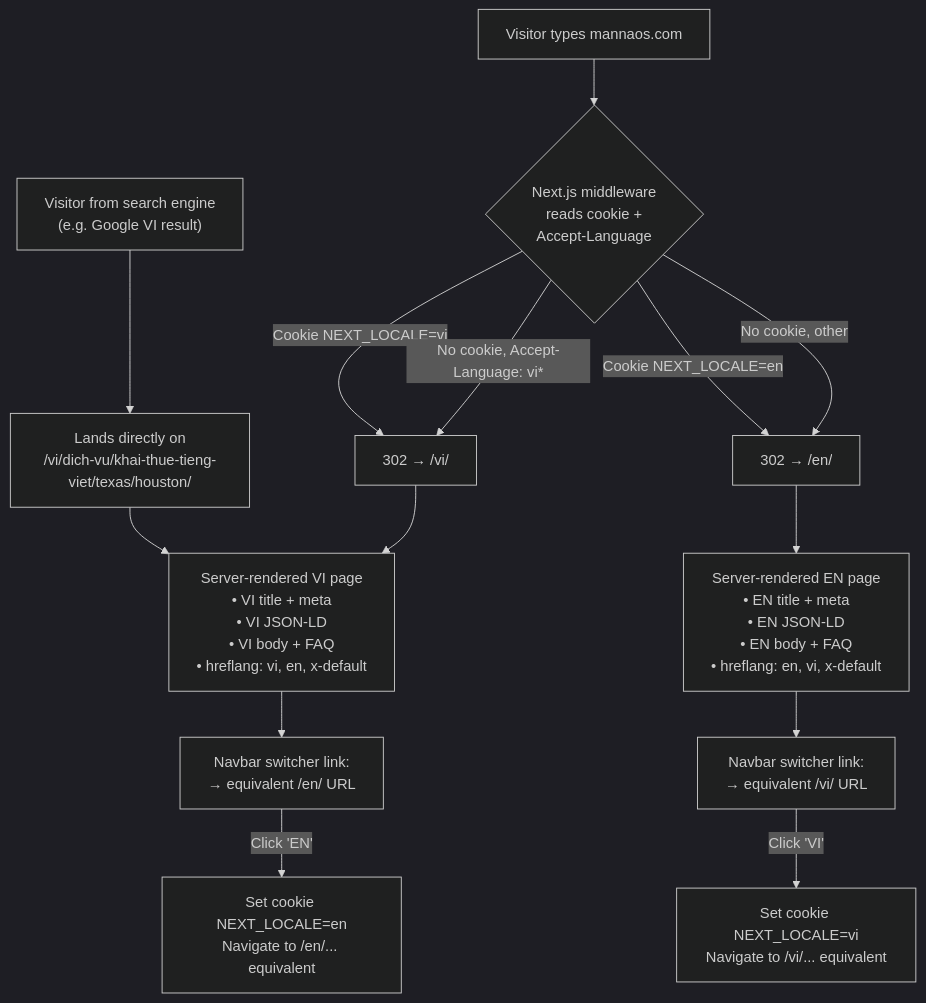
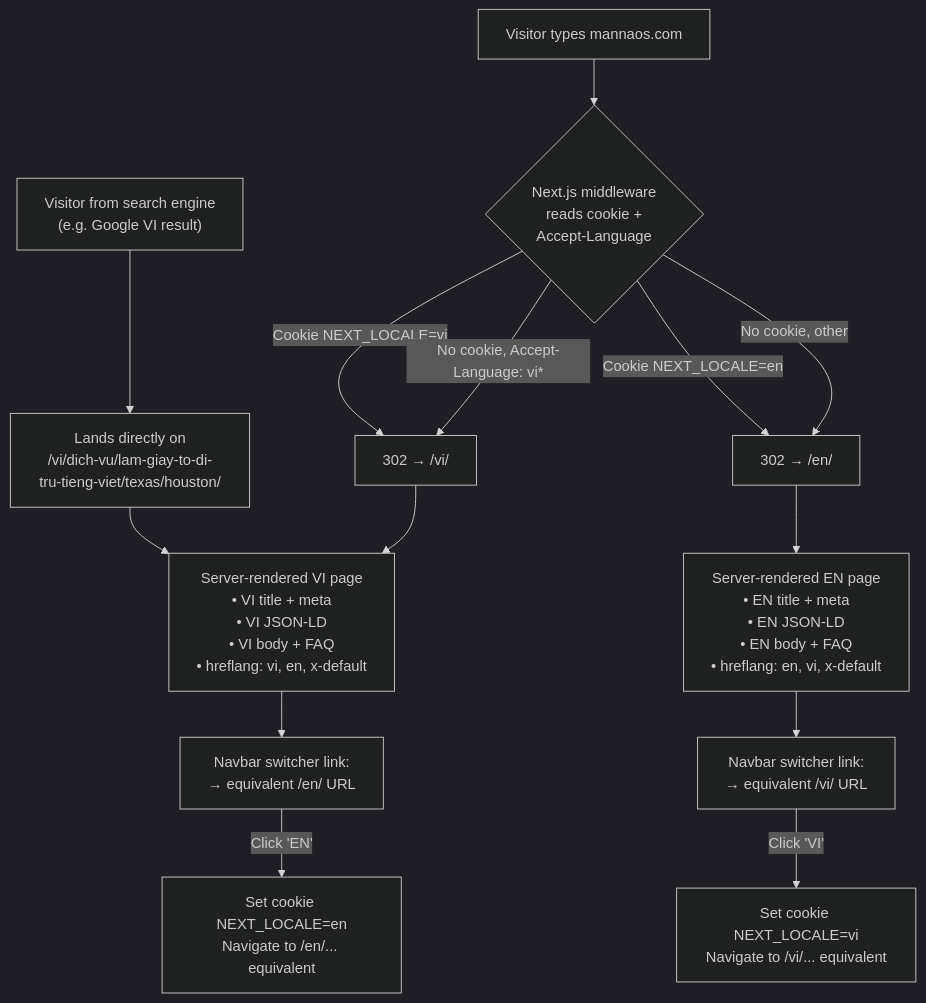
Before and after one commit to ChrisNguyenUS/business_plan: diagram 13 of 16 in docs/superpowers/specs/2026-04-10-mannaos-website-prd.md, drawn with Mermaid (dark theme). The commit also changed other lines of this file and 81 other files, not shown here.

````diff
--- a/docs/superpowers/specs/2026-04-10-mannaos-website-prd.md
+++ b/docs/superpowers/specs/2026-04-10-mannaos-website-prd.md
@@ -1598,24 +1837,24 @@
 ```mermaid
 flowchart TD
     SEVisit["Visitor from search engine\n(e.g. Google VI result)"]
-        --> DirectURL["Lands directly on\n/vi/dich-vu/khai-thue-tieng-viet/texas/houston/"]
+        --> DirectURL["Lands directly on\n/vi/dich-vu/lam-giay-to-di-tru-tieng-viet/texas/houston/"]
 
     RootVisit["Visitor types mannaos.com"]
         --> Middleware{"Next.js middleware\nreads cookie +\nAccept-Language"}
 
     Middleware -->|Cookie NEXT_LOCALE=vi| RedirectVI["302 → /vi/"]
     Middleware -->|Cookie NEXT_LOCALE=en| RedirectEN["302 → /en/"]
     Middleware -->|No cookie, Accept-Language: vi*| RedirectVI
     Middleware -->|No cookie, other| RedirectEN
 
     DirectURL --> RenderedVI["Server-rendered VI page\n• VI title + meta\n• VI JSON-LD\n• VI body + FAQ\n• hreflang: vi, en, x-default"]
 
     RedirectVI --> RenderedVI
     RedirectEN --> RenderedEN["Server-rendered EN page\n• EN title + meta\n• EN JSON-LD\n• EN body + FAQ\n• hreflang: en, vi, x-default"]
 
     RenderedVI --> SwitcherVI["Navbar switcher link:\n→ equivalent /en/ URL"]
     RenderedEN --> SwitcherEN["Navbar switcher link:\n→ equivalent /vi/ URL"]
 
     SwitcherVI -->|Click 'EN'| SetCookieEN["Set cookie NEXT_LOCALE=en\nNavigate to /en/... equivalent"]
     SwitcherEN -->|Click 'VI'| SetCookieVI["Set cookie NEXT_LOCALE=vi\nNavigate to /vi/... equivalent"]
 ```
````
